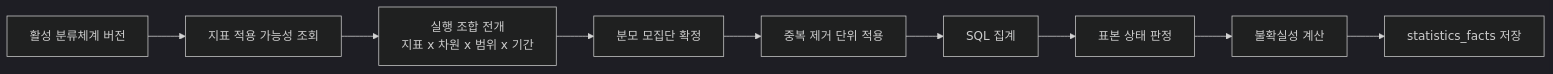
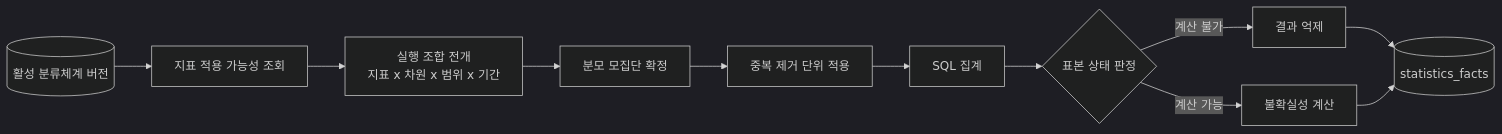
The second of 2 diagrams in docs/statistics-model.md (Mureung1/hub-showcase), drawn with Mermaid (dark theme) before and after one commit. The commit also changed other lines of this file and 3 other files, not shown here.

Commit message:
docs: define knowledge schema, statistics model, and execution layers

````diff
--- a/docs/statistics-model.md
+++ b/docs/statistics-model.md
@@ -125,11 +125,13 @@
 ```mermaid
 flowchart LR
-    A["활성 분류체계 버전"] --> B["지표 적용 가능성 조회"]
+    A[("활성 분류체계 버전")] --> B["지표 적용 가능성 조회"]
     B --> C["실행 조합 전개<br/>지표 x 차원 x 범위 x 기간"]
     C --> D["분모 모집단 확정"]
     D --> E["중복 제거 단위 적용"]
     E --> F["SQL 집계"]
-    F --> G["표본 상태 판정"]
-    G --> H["불확실성 계산"]
-    H --> I["statistics_facts 저장"]
+    F --> G{"표본 상태 판정"}
+    G -->|"계산 불가"| H1["결과 억제"]
+    G -->|"계산 가능"| H2["불확실성 계산"]
+    H1 --> I[("statistics_facts")]
+    H2 --> I
 ```
````
